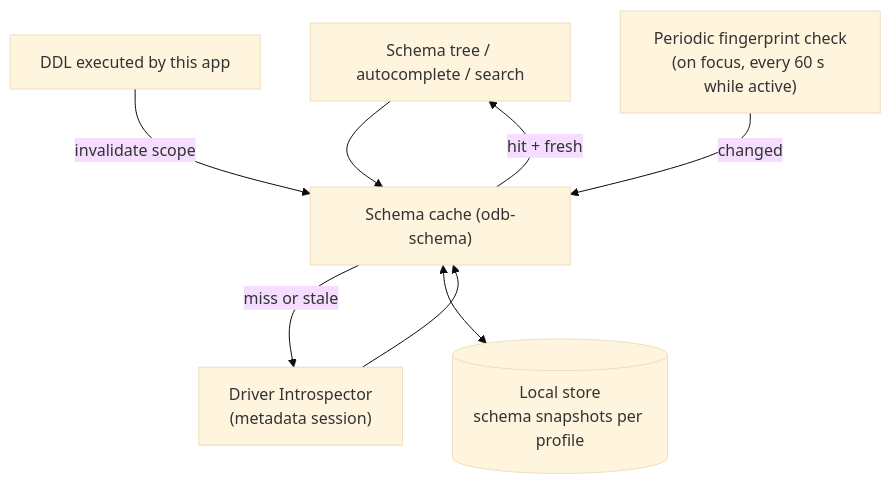
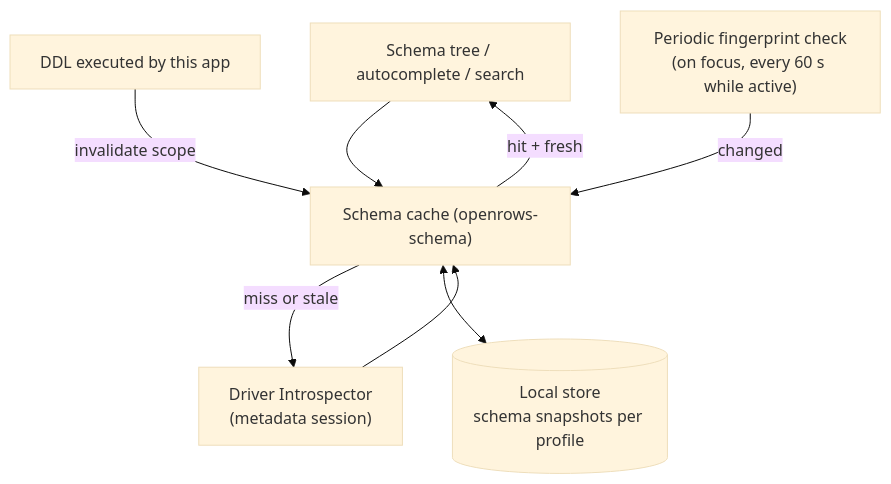
The first of 3 diagrams in docs/10-schema-and-data-editing.md (theetaz/open-rows), drawn with Mermaid (base theme) before and after one commit. The commit also changed 31 other files, not shown here.

````diff
--- a/docs/10-schema-and-data-editing.md
+++ b/docs/10-schema-and-data-editing.md
@@ -5,10 +5,10 @@
 ```mermaid
 flowchart TB
-    UI["Schema tree / autocomplete / search"] --> SC["Schema cache (odb-schema)"]
+    UI["Schema tree / autocomplete / search"] --> SC["Schema cache (openrows-schema)"]
     SC -->|hit + fresh| UI
     SC -->|miss or stale| INT["Driver Introspector<br/>(metadata session)"]
     INT --> SC
     SC <--> DISK[("Local store<br/>schema snapshots per profile")]
     EV["DDL executed by this app"] -->|invalidate scope| SC
     FP["Periodic fingerprint check<br/>(on focus, every 60 s while active)"] -->|changed| SC
 ```
````
